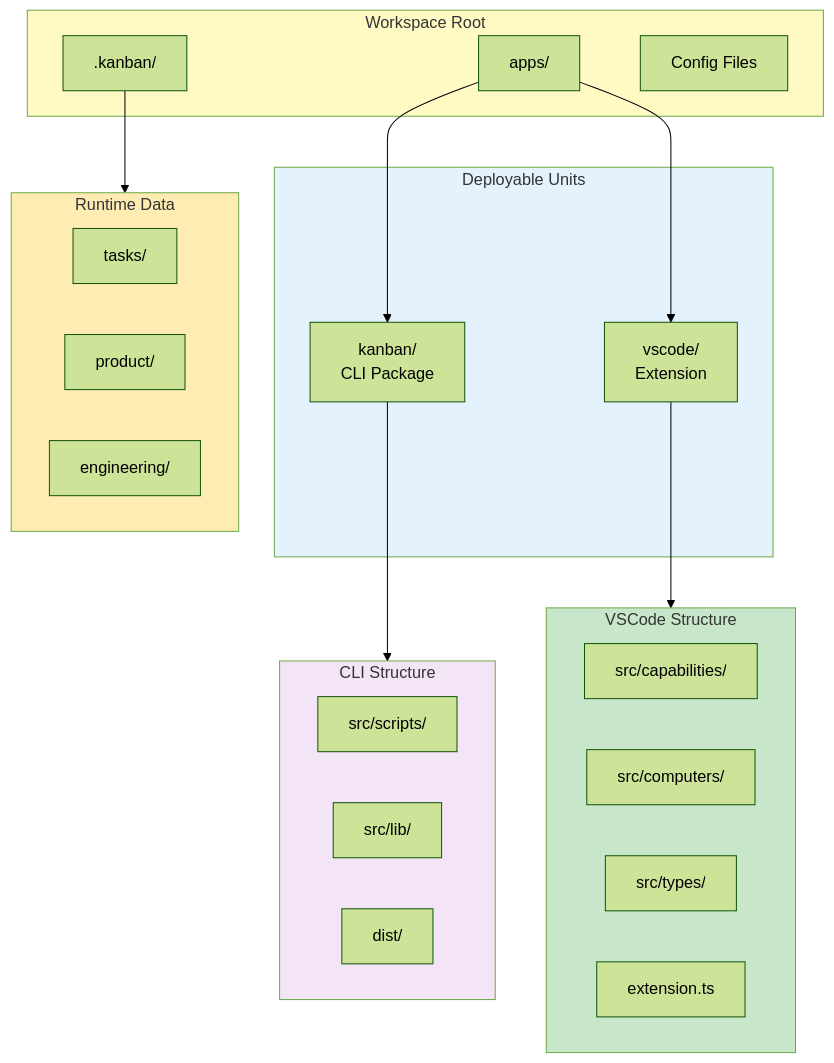
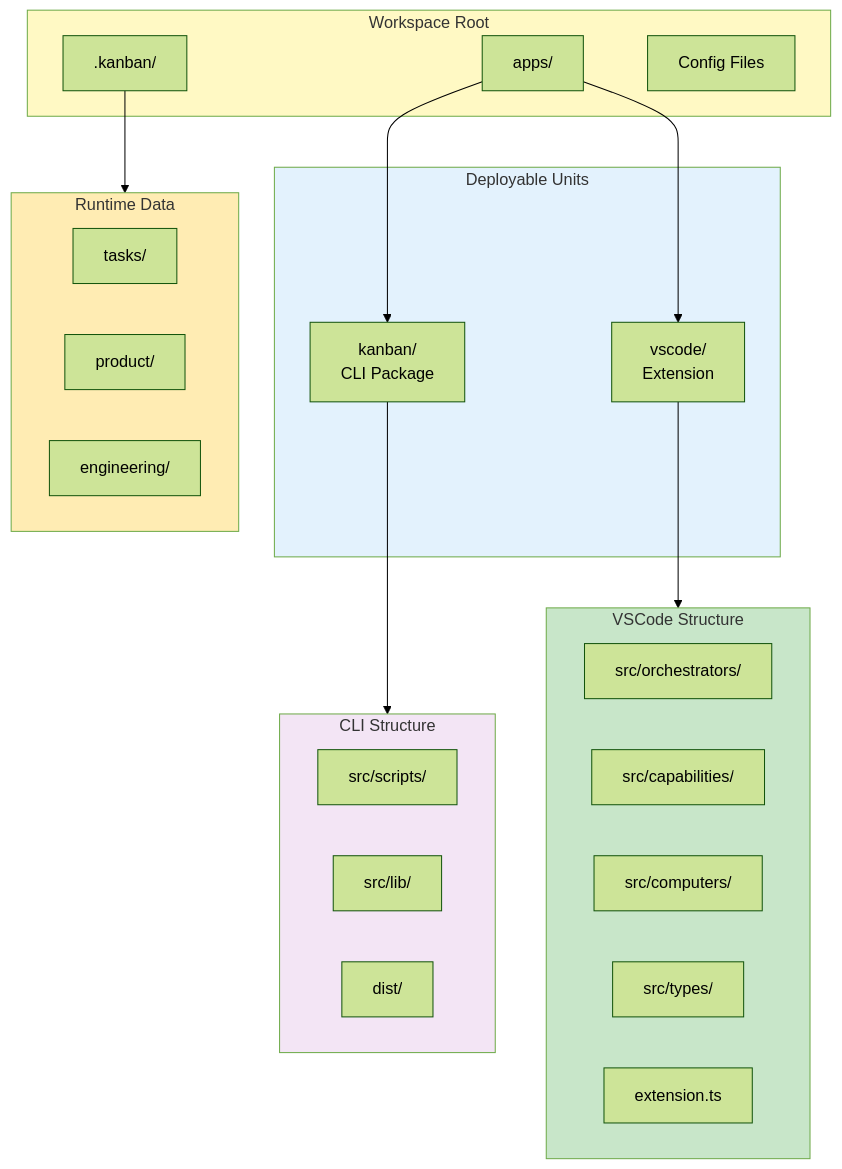
The diagram in .kanban/engineering/conventions/folder-structure.md (mattfletcher94/festinalente), drawn with Mermaid (forest theme) before and after one commit. The commit also changed other lines of this file and 13 other files, not shown here.

````diff
--- a/.kanban/engineering/conventions/folder-structure.md
+++ b/.kanban/engineering/conventions/folder-structure.md
@@ -40,44 +40,45 @@
 ```mermaid
 graph TB
     subgraph Root["Workspace Root"]
         APPS["apps/"]
         KANBAN[".kanban/"]
         CONFIG["Config Files"]
     end
 
     subgraph Apps["Deployable Units"]
         CLI["kanban/<br/>CLI Package"]
         VSCODE["vscode/<br/>Extension"]
     end
 
     subgraph CLIStructure["CLI Structure"]
         CLI_SRC["src/scripts/"]
         CLI_LIB["src/lib/"]
         CLI_DIST["dist/"]
     end
 
     subgraph VSCodeStructure["VSCode Structure"]
+        VS_ORCH["src/orchestrators/"]
         VS_CAP["src/capabilities/"]
         VS_COMP["src/computers/"]
         VS_TYPE["src/types/"]
         VS_EXT["extension.ts"]
     end
 
     subgraph RuntimeData["Runtime Data"]
         TASKS["tasks/"]
         PRODUCT["product/"]
         ENG["engineering/"]
     end
 
     APPS --> CLI
     APPS --> VSCODE
     CLI --> CLIStructure
     VSCODE --> VSCodeStructure
     KANBAN --> RuntimeData
 
     style Root fill:#fff9c4
     style Apps fill:#e3f2fd
     style CLIStructure fill:#f3e5f5
     style VSCodeStructure fill:#c8e6c9
     style RuntimeData fill:#ffecb3
 ```
````
